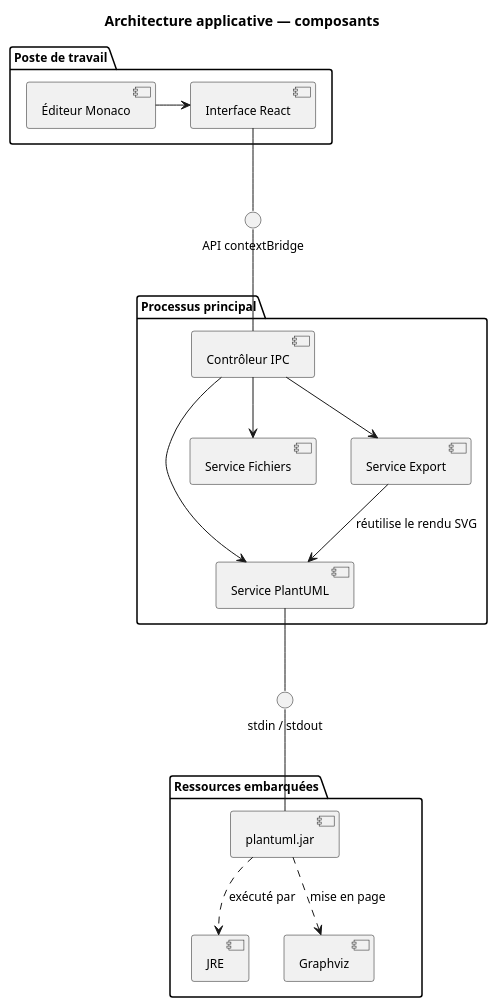
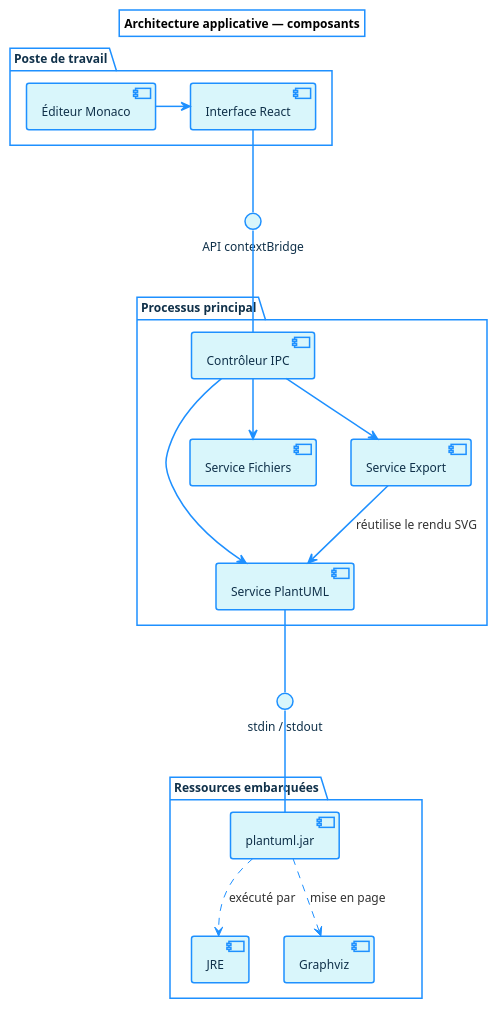
Before and after one commit to STALKER1709/PLANTUMLStudio: the diagram in templates/03-diagramme-composants.puml, drawn with PlantUML. The commit also changed 16 other files, not shown here.

```diff
--- a/templates/03-diagramme-composants.puml
+++ b/templates/03-diagramme-composants.puml
@@ -3,46 +3,93 @@
 @startuml
 title Architecture applicative — composants
 
-skinparam defaultFontName "Segoe UI"
-skinparam defaultFontSize 12
+' ── Formalisme commun — voir docs/formalisme.md ──────────────────────
+' Palette : fond cyan clair, bordures et flèches bleues, têtes d'acteurs
+' en jaune pâle. Les états initiaux et finaux restent des cercles pleins.
+<style>
+root {
+  FontName "Segoe UI"
+  FontSize 12
+  BackGroundColor #FFFFFF
+  LineColor #1E90FF
+  LineThickness 1.5
+}
+element {
+  BackGroundColor #D9F6FB
+  LineColor #1E90FF
+  FontColor #10314A
+}
+arrow {
+  LineColor #1E90FF
+  FontColor #333333
+}
+activityDiagram {
+  circle {
+    BackGroundColor #1E90FF
+    LineColor #1E90FF
+  }
+}
+stateDiagram {
+  circle {
+    BackGroundColor #1E90FF
+    LineColor #1E90FF
+  }
+}
+</style>
 skinparam shadowing false
+' Les conteneurs (cadre système, paquetages, nœuds) restent transparents :
+' seuls les éléments qu'ils portent sont colorés, comme dans le formalisme de
+' référence.
+skinparam rectangleBackgroundColor transparent
+skinparam packageBackgroundColor transparent
+skinparam nodeBackgroundColor transparent
+skinparam folderBackgroundColor transparent
+skinparam frameBackgroundColor transparent
+skinparam cloudBackgroundColor transparent
+skinparam actorBackgroundColor #FFF6B0
+skinparam actorBorderColor #1E90FF
+' Marqueurs de visibilité littéraux + - # plutôt que des icônes colorées
+skinparam classAttributeIconSize 0
+' « Il est représenté par un dossier avec son nom à l'intérieur »
 skinparam packageStyle folder
+' Pointes de flèches UML strictes : synchrone, asynchrone, retour
+skinparam style strictuml
 
 package "Poste de travail" {
   [Interface React] as UI
   [Éditeur Monaco] as Editeur
 }
 
 package "Processus principal" {
   [Contrôleur IPC] as IPC
   [Service PlantUML] as Moteur
   [Service Fichiers] as Fichiers
   [Service Export] as Export
 }
 
 package "Ressources embarquées" {
   [plantuml.jar] as Jar
   [JRE] as Jre
   [Graphviz] as Graphviz
 }
 
 ' Interface requise / fournie : notation « boule et douille ».
 interface "API contextBridge" as API
 interface "stdin / stdout" as Pipe
 
 UI -down- API
 API -down- IPC
 Editeur -right-> UI
 
 IPC --> Moteur
 IPC --> Fichiers
 IPC --> Export
 
 Moteur -down- Pipe
 Pipe -down- Jar
 Jar ..> Jre : exécuté par
 Jar ..> Graphviz : mise en page
 
 Export --> Moteur : réutilise le rendu SVG
 
 @enduml
```
